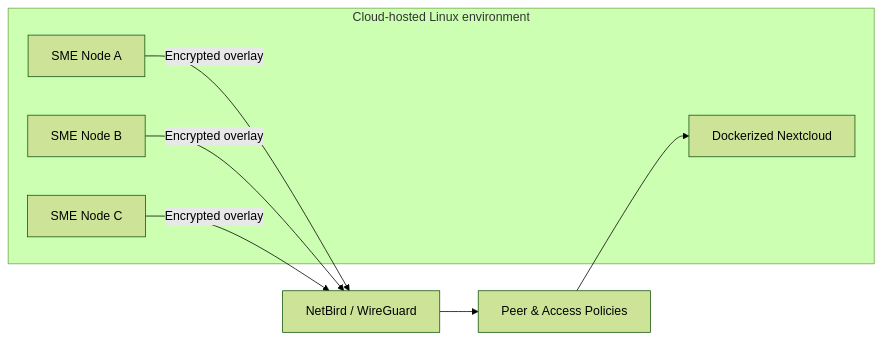
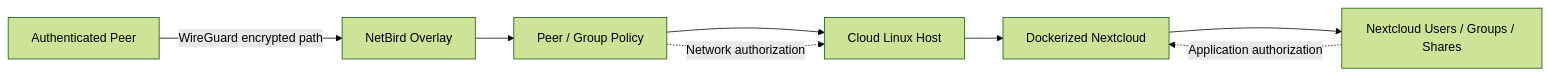
One commit to syifaniads/zero-trust-netbird-secure-overlay changed the diagram in README.md. Above: the diagram before and after it, drawn with Mermaid (forest theme). The commit also changed other lines of this file, not shown here.

Commit message:
docs: strengthen zero-trust README with visual architecture and validation path

````diff
--- a/README.md
+++ b/README.md
@@ -25,15 +45,11 @@
 ```mermaid
 flowchart LR
-    A[SME Node A] -->|Encrypted overlay| NB[NetBird / WireGuard]
-    B[SME Node B] -->|Encrypted overlay| NB
-    C[SME Node C] -->|Encrypted overlay| NB
-    NB --> P[Peer & Access Policies]
-    P --> NX[Dockerized Nextcloud]
+    A[Authenticated Peer] -->|WireGuard encrypted path| N[NetBird Overlay]
+    N --> P[Peer / Group Policy]
+    P --> H[Cloud Linux Host]
+    H --> D[Dockerized Nextcloud]
+    D --> U[Nextcloud Users / Groups / Shares]
 
-    subgraph Cloud[Cloud-hosted Linux environment]
-      A
-      B
-      C
-      NX
-    end
+    P -. Network authorization .-> H
+    U -. Application authorization .-> D
 ```
````
